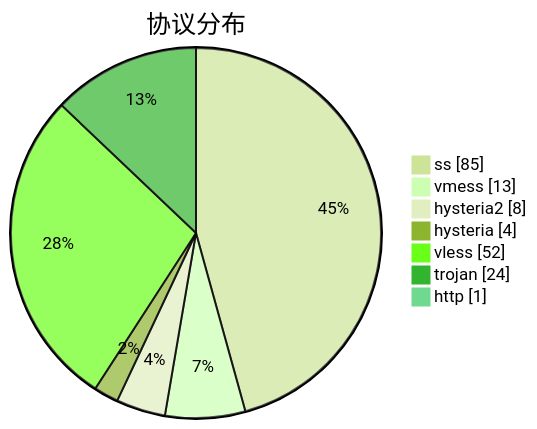
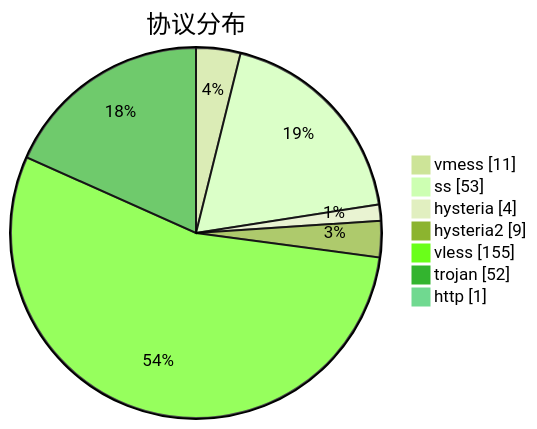
One commit to sinspired/airport changed the third of 3 diagrams in subs/statistics/tested_within.md. Above: the diagram before and after it, drawn with Mermaid (forest theme). The commit also changed other lines of this file and 2 other files, not shown here.

````diff
--- a/subs/statistics/tested_within.md
+++ b/subs/statistics/tested_within.md
@@ -43,11 +47,11 @@
 ```mermaid
 pie showData
 title 协议分布
-"ss" : 85
-"vmess" : 13
-"hysteria2" : 8
+"vmess" : 11
+"ss" : 53
 "hysteria" : 4
-"vless" : 52
-"trojan" : 24
+"hysteria2" : 9
+"vless" : 155
+"trojan" : 52
 "http" : 1
 ```
````
